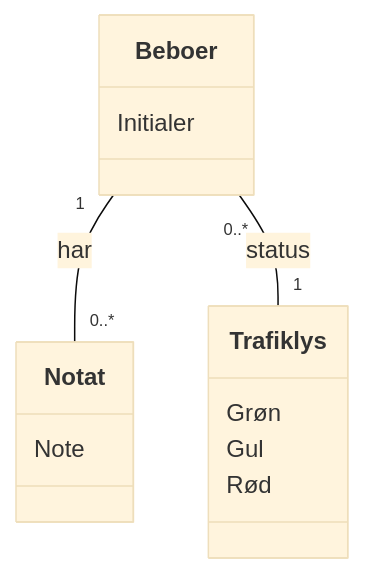
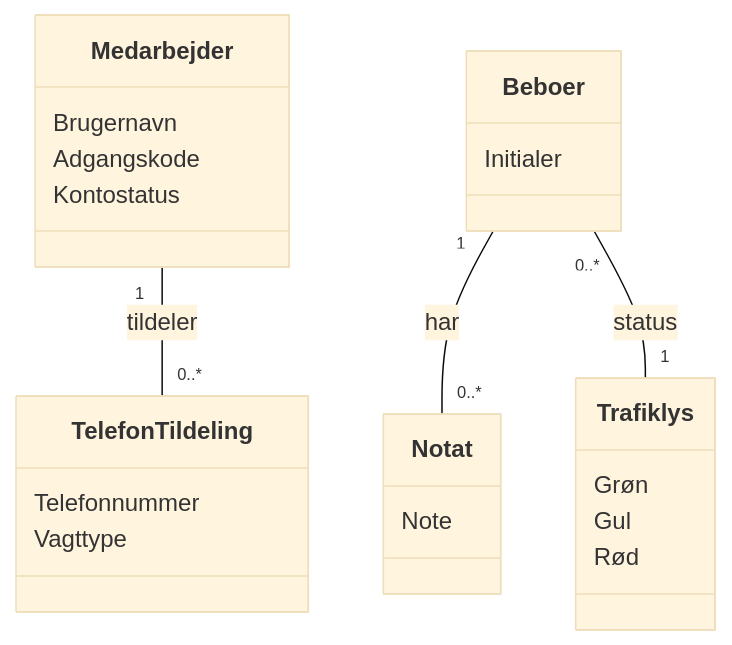
The diagram in docs/dm.da.md (Tirsvad/DMOoF25-Team6.Slottets-Drifttavlen), drawn with Mermaid (base theme) before and after one commit. The commit also changed other lines of this file and 3 other files, not shown here.

````diff
--- a/docs/dm.da.md
+++ b/docs/dm.da.md
@@ -14,17 +15,27 @@
 ```mermaid
 %% Domænemodeldiagram for Slottets Drifttavlen
 classDiagram
+    class Medarbejder {
+        Brugernavn
+        Adgangskode
+        Kontostatus
+    }
     class Beboer {
         Initialer
     }
     class Notat {
         Note
     }
     class Trafiklys {
         Grøn
         Gul
         Rød
     }
+    class TelefonTildeling {
+        Telefonnummer
+        Vagttype
+    }
     Beboer "1" -- "0..*" Notat : har
     Beboer "0..*" -- "1" Trafiklys : status
+    Medarbejder "1" -- "0..*" TelefonTildeling : tildeler
 ```
````
